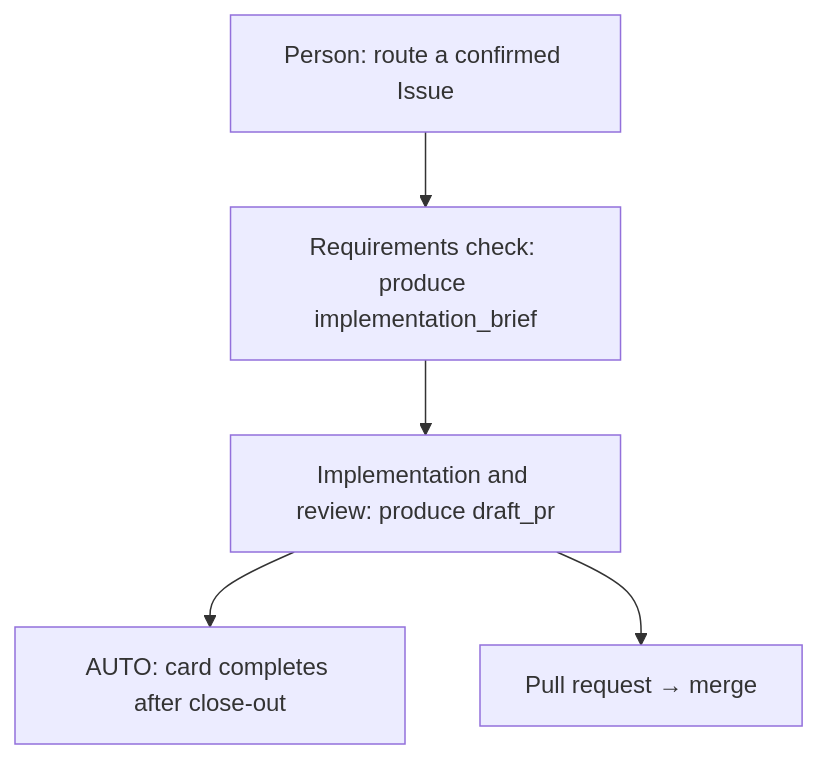
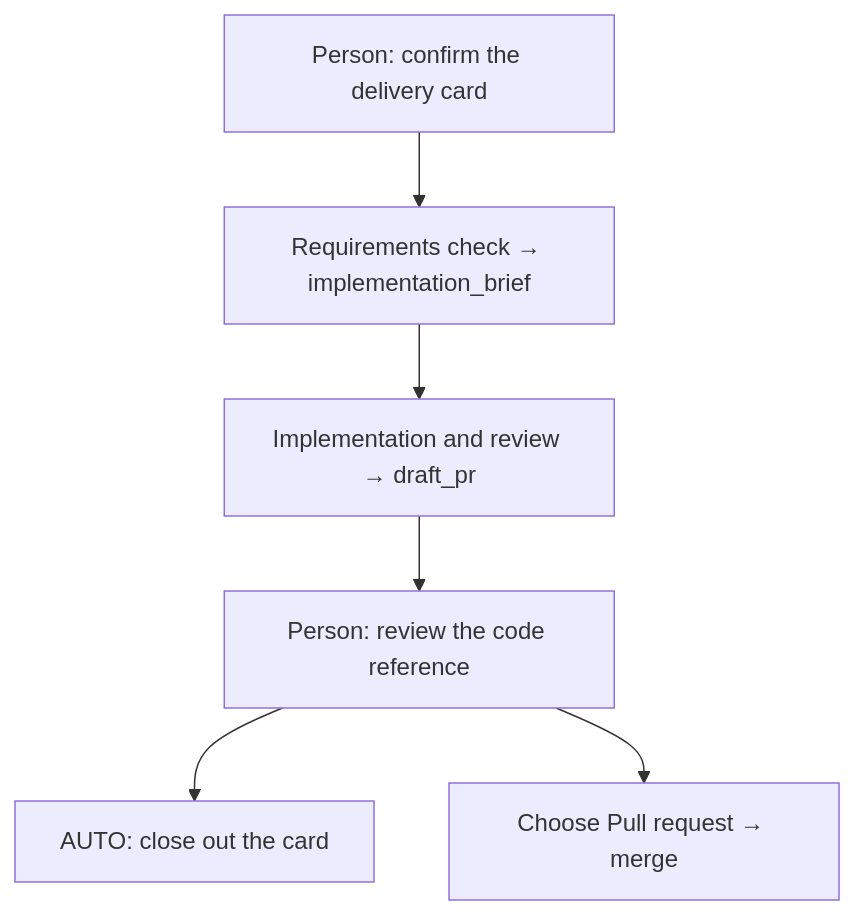
The diagram in src/content/docs/software-factory/card-to-pr.md (WeiJiLab/aiworkforce-docs), drawn with Mermaid before and after one commit. The commit also changed other lines of this file and 12 other files, not shown here.

````diff
--- a/src/content/docs/software-factory/card-to-pr.md
+++ b/src/content/docs/software-factory/card-to-pr.md
@@ -16,9 +16,10 @@
 ```mermaid
 flowchart TD
-    ticket["Person: route a confirmed Issue"] --> brief["Requirements check: produce implementation_brief"]
-    brief --> author["Implementation and review: produce draft_pr"]
-    author --> done["AUTO: card completes after close-out"]
-    author --> next["Pull request → merge"]
-    class ticket human
+    card["Person: confirm the delivery card"] --> brief["Requirements check → implementation_brief"]
+    brief --> author["Implementation and review → draft_pr"]
+    author --> review["Person: review the code reference"]
+    review --> done["AUTO: close out the card"]
+    review --> next["Choose Pull request → merge"]
+    class card,review human
     class brief,author,done agent
 ```
````
